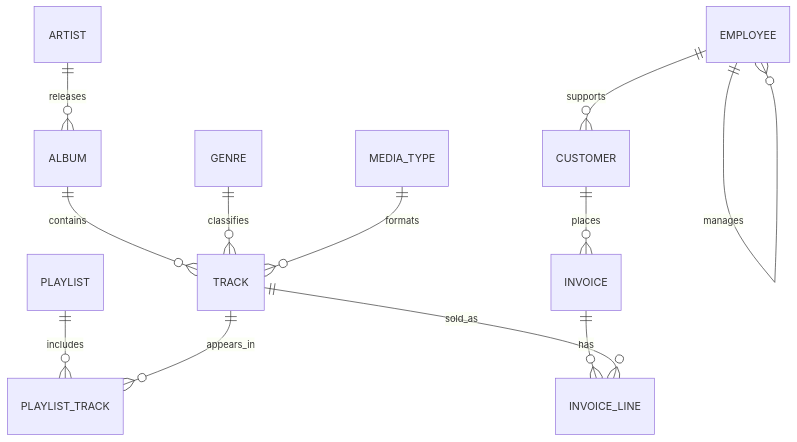
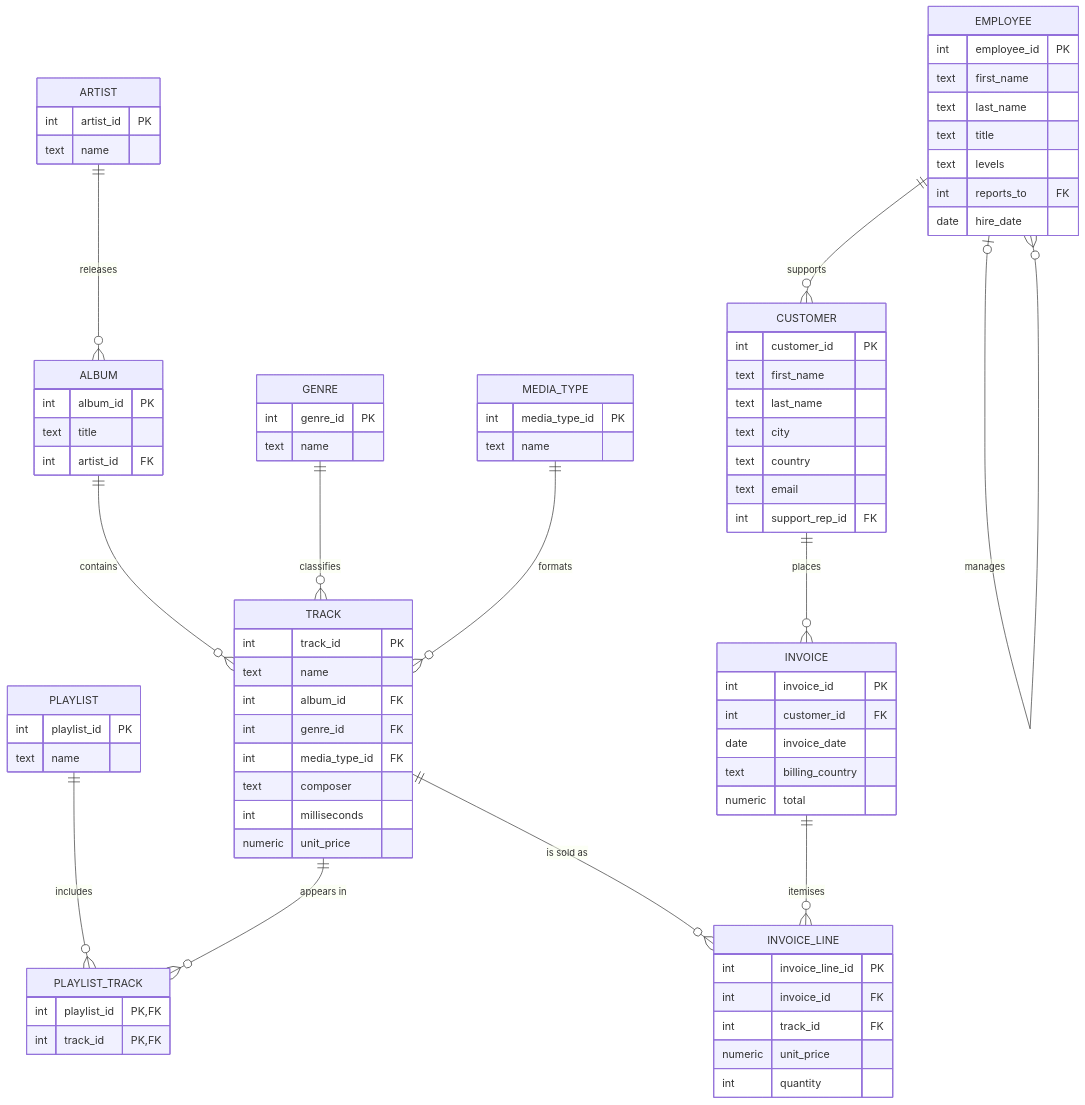
Before and after one commit to shawon-analyst/music-store-sql-analysis: the diagram in README.md, drawn with Mermaid. The commit also changed other lines of this file, not shown here.

````diff
--- a/README.md
+++ b/README.md
@@ -80,14 +95,82 @@
 ```mermaid
 erDiagram
-    ARTIST ||--o{ ALBUM : releases
-    ALBUM ||--o{ TRACK : contains
-    GENRE ||--o{ TRACK : classifies
-    MEDIA_TYPE ||--o{ TRACK : formats
-    PLAYLIST ||--o{ PLAYLIST_TRACK : includes
-    TRACK ||--o{ PLAYLIST_TRACK : appears_in
-    EMPLOYEE ||--o{ CUSTOMER : supports
-    EMPLOYEE ||--o{ EMPLOYEE : manages
-    CUSTOMER ||--o{ INVOICE : places
-    INVOICE ||--o{ INVOICE_LINE : has
-    TRACK ||--o{ INVOICE_LINE : sold_as
+    ARTIST ||--o{ ALBUM : "releases"
+    ALBUM ||--o{ TRACK : "contains"
+    GENRE ||--o{ TRACK : "classifies"
+    MEDIA_TYPE ||--o{ TRACK : "formats"
+    PLAYLIST ||--o{ PLAYLIST_TRACK : "includes"
+    TRACK ||--o{ PLAYLIST_TRACK : "appears in"
+    TRACK ||--o{ INVOICE_LINE : "is sold as"
+    INVOICE ||--o{ INVOICE_LINE : "itemises"
+    CUSTOMER ||--o{ INVOICE : "places"
+    EMPLOYEE ||--o{ CUSTOMER : "supports"
+    EMPLOYEE |o--o{ EMPLOYEE : "manages"
+ 
+    ARTIST {
+        int artist_id PK
+        text name
+    }
+    ALBUM {
+        int album_id PK
+        text title
+        int artist_id FK
+    }
+    GENRE {
+        int genre_id PK
+        text name
+    }
+    MEDIA_TYPE {
+        int media_type_id PK
+        text name
+    }
+    TRACK {
+        int track_id PK
+        text name
+        int album_id FK
+        int genre_id FK
+        int media_type_id FK
+        text composer
+        int milliseconds
+        numeric unit_price
+    }
+    PLAYLIST {
+        int playlist_id PK
+        text name
+    }
+    PLAYLIST_TRACK {
+        int playlist_id PK, FK
+        int track_id PK, FK
+    }
+    EMPLOYEE {
+        int employee_id PK
+        text first_name
+        text last_name
+        text title
+        text levels
+        int reports_to FK
+        date hire_date
+    }
+    CUSTOMER {
+        int customer_id PK
+        text first_name
+        text last_name
+        text city
+        text country
+        text email
+        int support_rep_id FK
+    }
+    INVOICE {
+        int invoice_id PK
+        int customer_id FK
+        date invoice_date
+        text billing_country
+        numeric total
+    }
+    INVOICE_LINE {
+        int invoice_line_id PK
+        int invoice_id FK
+        int track_id FK
+        numeric unit_price
+        int quantity
+    }
 ```
````
